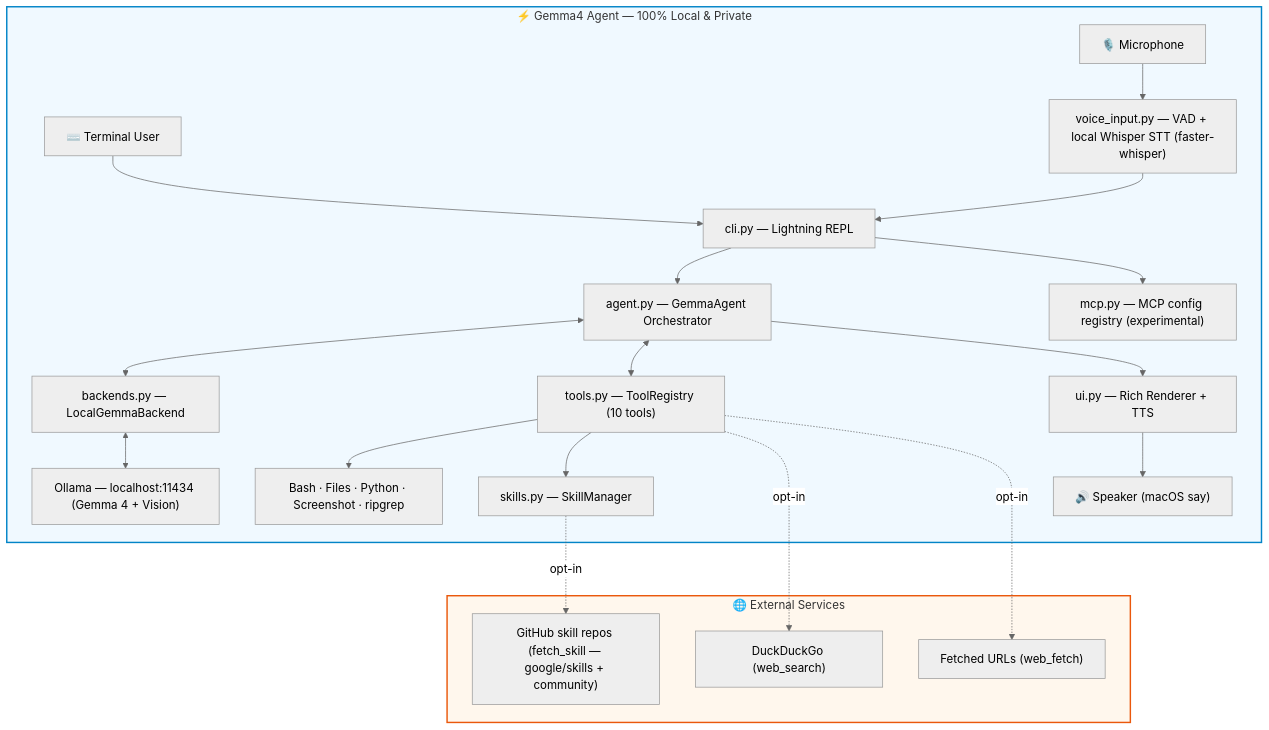
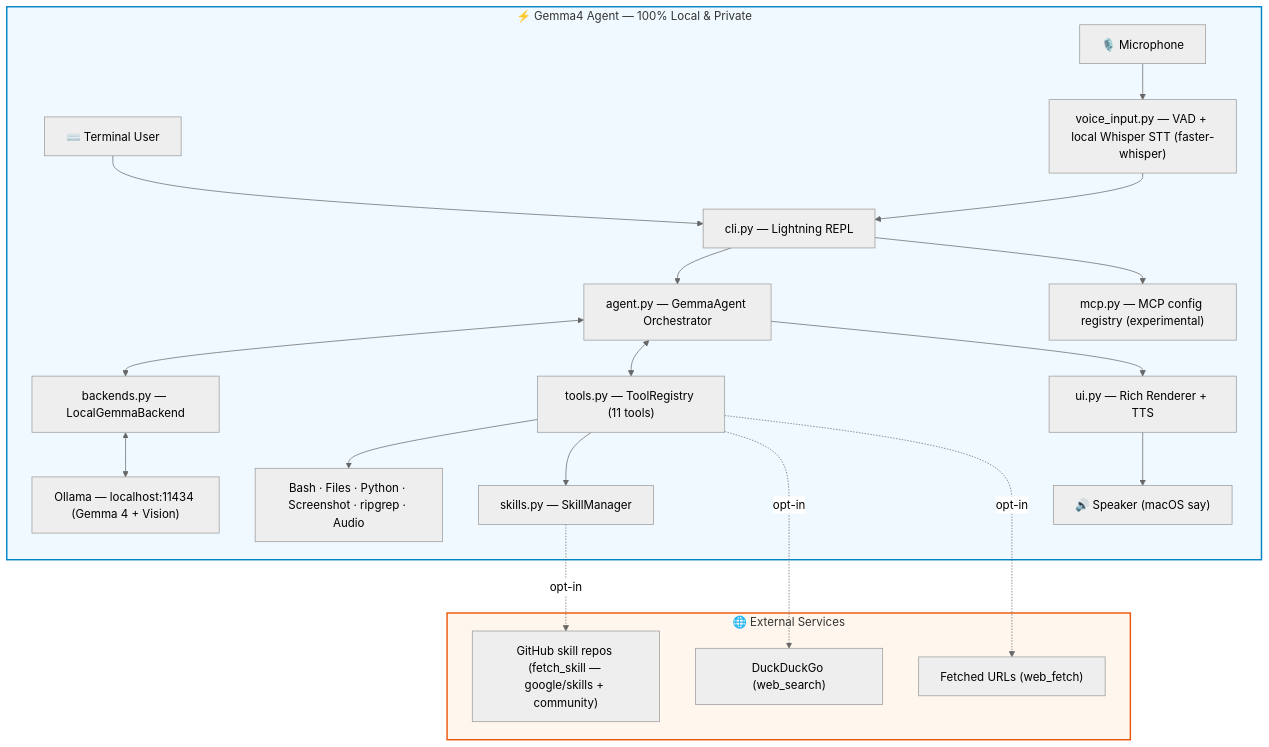
The diagram in README.md (arjunprabhulal/gemma4-agent), drawn with Mermaid before and after one commit. The commit also changed other lines of this file and 4 other files, not shown here.

First line of the commit message:
feat(tools): add analyze_audio for native Gemma 4 audio understanding

````diff
--- a/README.md
+++ b/README.md
@@ -184,28 +186,28 @@
 ```mermaid
 %%{init: {'theme': 'neutral'}}%%
 graph TD
     subgraph LOCAL["⚡ Gemma4 Agent — 100% Local & Private"]
         User["⌨️ Terminal User"] --> CLI["cli.py — Lightning REPL"]
         Mic["🎙️ Microphone"] --> Voice["voice_input.py — VAD + local Whisper STT (faster-whisper)"]
         Voice --> CLI
         CLI --> Agent["agent.py — GemmaAgent Orchestrator"]
         Agent <--> Backend["backends.py — LocalGemmaBackend"]
         Backend <--> Ollama["Ollama — localhost:11434 (Gemma 4 + Vision)"]
-        Agent <--> Registry["tools.py — ToolRegistry (10 tools)"]
-        Registry --> SystemTools["Bash · Files · Python · Screenshot · ripgrep"]
+        Agent <--> Registry["tools.py — ToolRegistry (11 tools)"]
+        Registry --> SystemTools["Bash · Files · Python · Screenshot · ripgrep · Audio"]
         Registry --> Skills["skills.py — SkillManager"]
         CLI --> MCP["mcp.py — MCP config registry (experimental)"]
         Agent --> UI["ui.py — Rich Renderer + TTS"]
         UI --> Speaker["🔊 Speaker (macOS say)"]
     end
     subgraph NET["🌐 External Services"]
         DDG["DuckDuckGo (web_search)"]
         Web["Fetched URLs (web_fetch)"]
         GitHub["GitHub skill repos (fetch_skill — google/skills + community)"]
     end
     Registry -. "opt-in" .-> DDG
     Registry -. "opt-in" .-> Web
     Skills -. "opt-in" .-> GitHub
     style LOCAL fill:#f0f9ff,stroke:#0284c7,stroke-width:2px
     style NET fill:#fff7ed,stroke:#ea580c,stroke-width:2px
 ```
````
